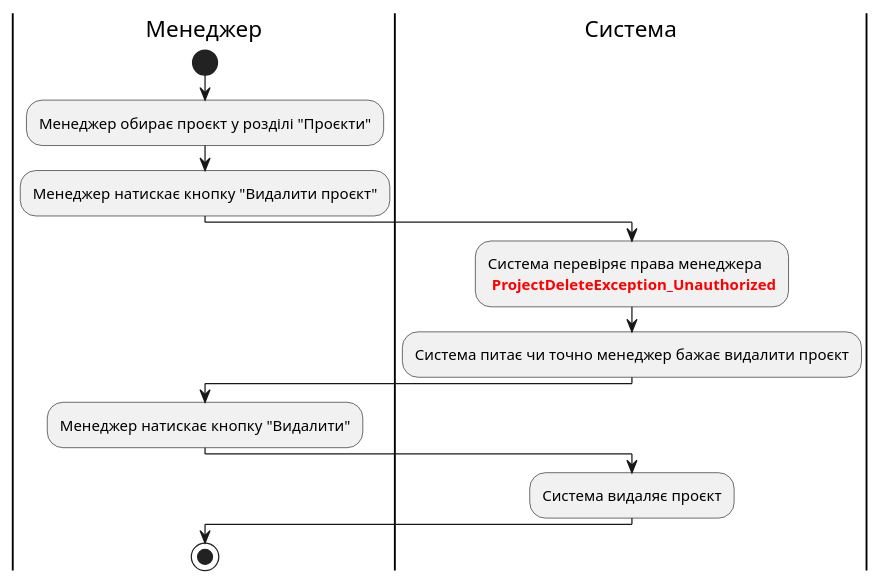
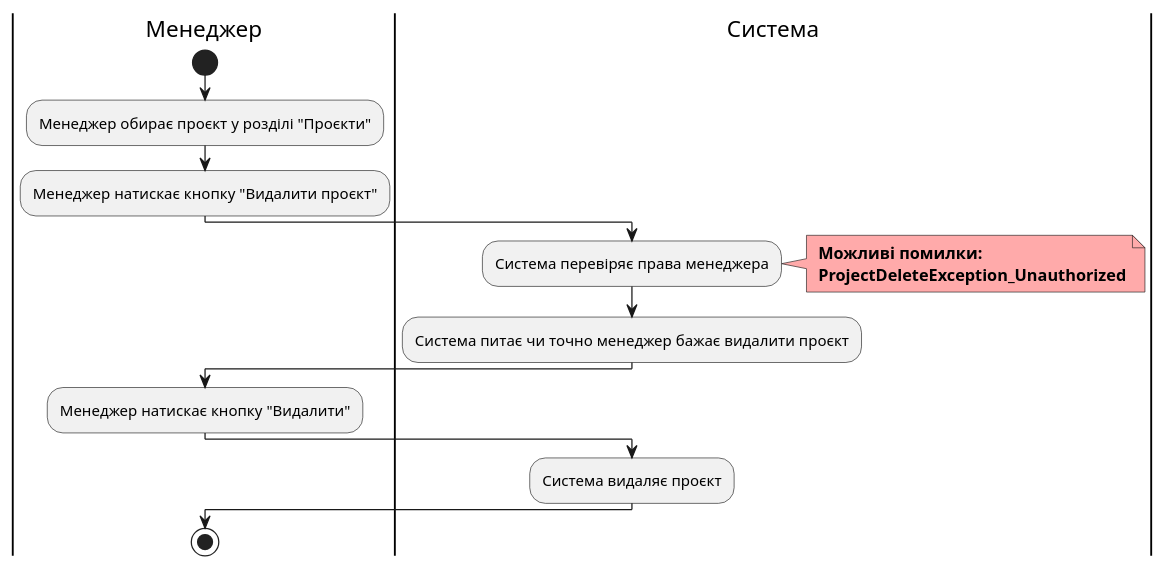
The tenth of 21 diagrams in docs/use cases/README.md (vlad13242/TaskForge), drawn with PlantUML before and after one commit. The commit also changed other lines of this file and 1 other file, not shown here.

Commit message:
shenge all diagram errors

```diff
--- a/docs/use cases/README.md
+++ b/docs/use cases/README.md
@@ -507,18 +523,21 @@
 @startuml
 
     |Менеджер|
     start;
     :Менеджер обирає проєкт у розділі "Проєкти";
     :Менеджер натискає кнопку "Видалити проєкт";
     |Система|
-    :Система перевіряє права менеджера
-    <font color="red"><b> ProjectDeleteException_Unauthorized;
+    :Система перевіряє права менеджера;
+    note right #ffaaaa
+    <b> Можливі помилки:
+    <b> ProjectDeleteException_Unauthorized
+    end note
     :Система питає чи точно менеджер бажає видалити проєкт;
     |Менеджер|
     :Менеджер натискає кнопку "Видалити";
     |Система|
     :Система видаляє проєкт;
     |Менеджер|
     stop;
 
 @enduml
```
